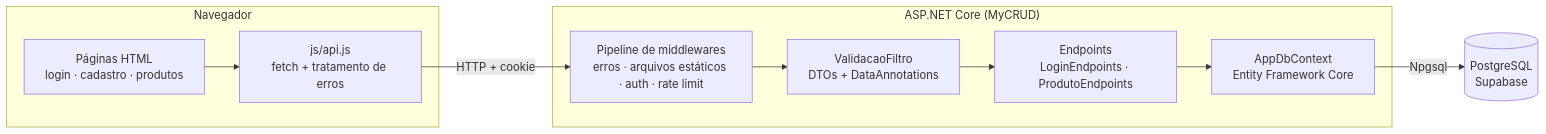
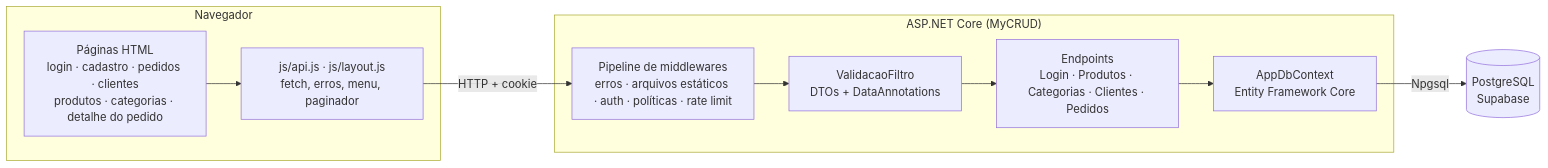
The first of 3 diagrams in docs/arquitetura.md (MatheusRamos1223/CRUDConfeitaria), drawn with Mermaid before and after one commit. The commit also changed other lines of this file and 2 other files, not shown here.

````diff
--- a/docs/arquitetura.md
+++ b/docs/arquitetura.md
@@ -7,18 +7,18 @@
 ```mermaid
 flowchart LR
     subgraph Navegador
-        HTML["Páginas HTML<br/>login · cadastro · produtos"]
-        JS["js/api.js<br/>fetch + tratamento de erros"]
+        HTML["Páginas HTML<br/>login · cadastro · pedidos · clientes<br/>produtos · categorias · detalhe do pedido"]
+        JS["js/api.js · js/layout.js<br/>fetch, erros, menu, paginador"]
     end
 
     subgraph "ASP.NET Core (MyCRUD)"
-        MW["Pipeline de middlewares<br/>erros · arquivos estáticos · auth · rate limit"]
-        EP["Endpoints<br/>LoginEndpoints · ProdutoEndpoints"]
+        MW["Pipeline de middlewares<br/>erros · arquivos estáticos · auth · políticas · rate limit"]
+        EP["Endpoints<br/>Login · Produtos · Categorias · Clientes · Pedidos"]
         FV["ValidacaoFiltro<br/>DTOs + DataAnnotations"]
         DB["AppDbContext<br/>Entity Framework Core"]
     end
 
     PG[("PostgreSQL<br/>Supabase")]
 
     HTML --> JS -->|HTTP + cookie| MW --> FV --> EP --> DB -->|Npgsql| PG
 ```
````
